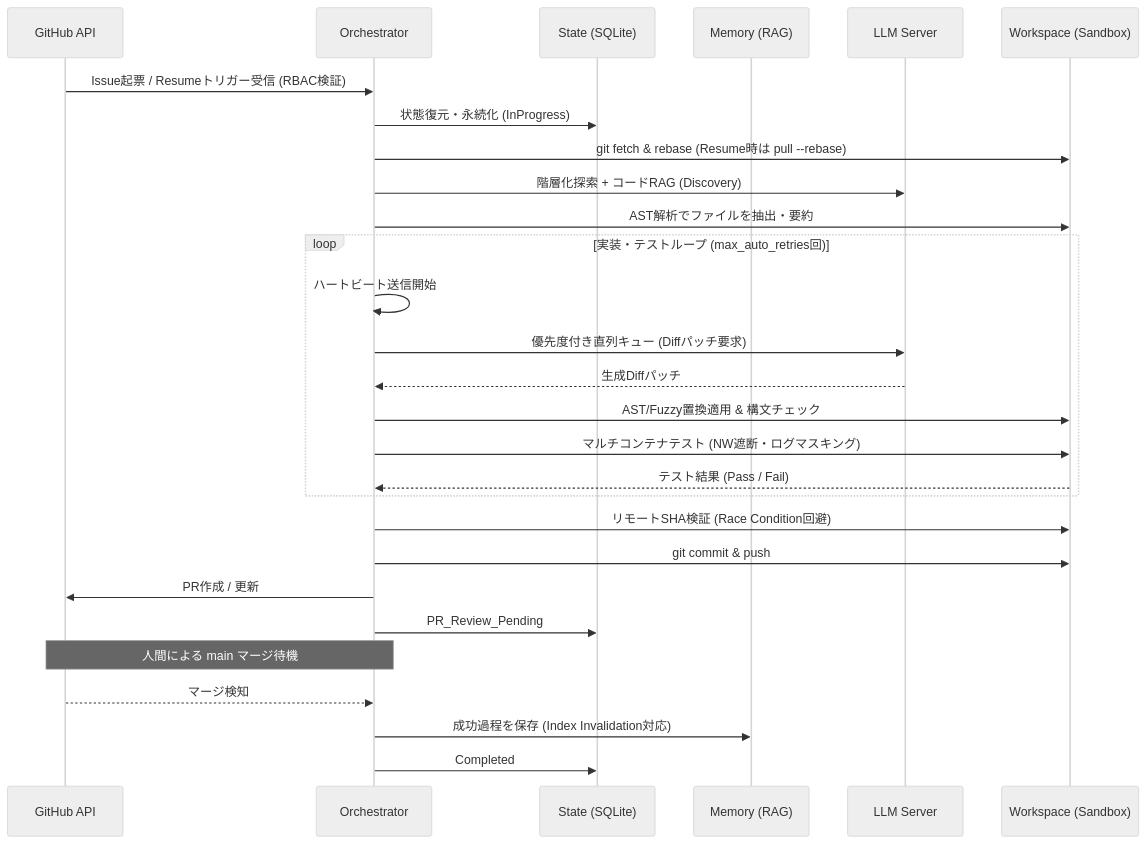
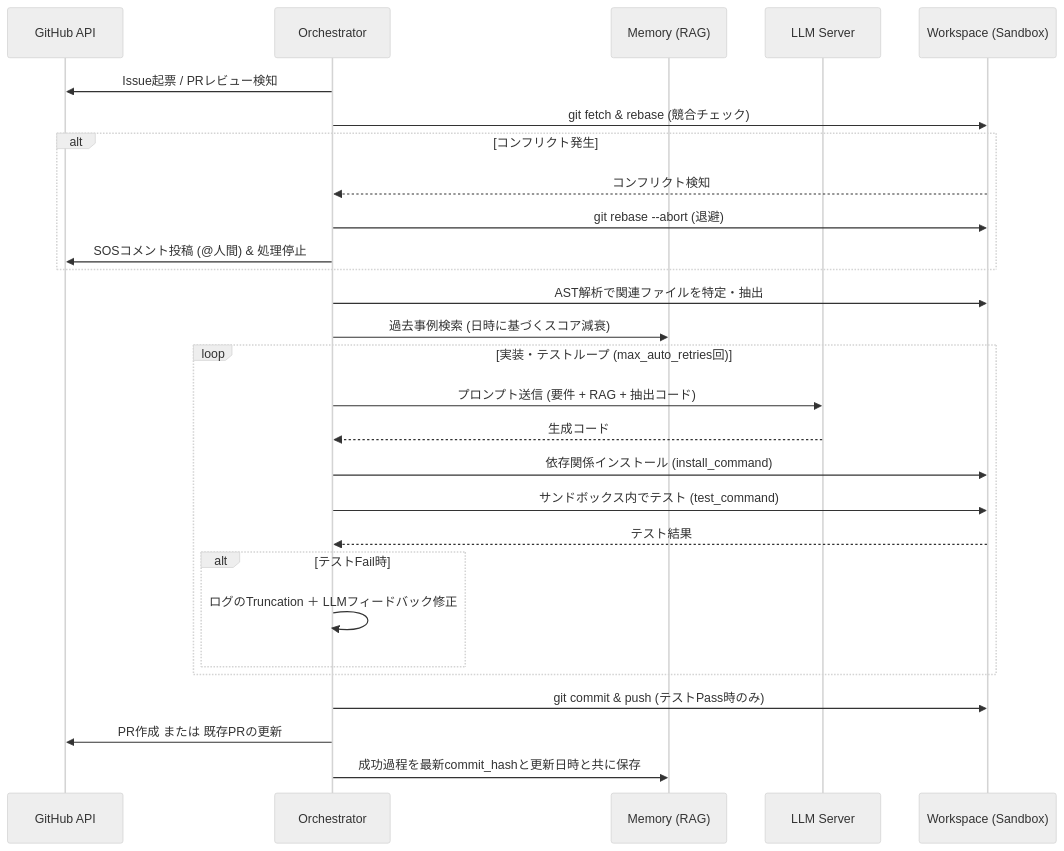
Before and after one commit to globalpocket/brownie: the diagram in doc/Home.md, drawn with Mermaid (neutral theme). The commit also changed other lines of this file and 2 other files, not shown here.

````diff
--- a/doc/Home.md
+++ b/doc/Home.md
@@ -115,37 +179,36 @@
 ```mermaid
 sequenceDiagram
     participant GH as GitHub API
     participant ORC as Orchestrator
-    participant STATE as State (SQLite)
     participant MEM as Memory (RAG)
     participant LLM as LLM Server
     participant WS as Workspace (Sandbox)
 
-    GH->>ORC: Issue起票 / Resumeトリガー受信 (RBAC検証)
-    ORC->>STATE: 状態復元・永続化 (InProgress)
+    ORC->>GH: Issue起票 / PRレビュー検知
+    ORC->>WS: git fetch & rebase (競合チェック)
+    alt コンフリクト発生
+        WS-->>ORC: コンフリクト検知
+        ORC->>WS: git rebase --abort (退避)
+        ORC->>GH: SOSコメント投稿 (@人間) & 処理停止
+    end
     
-    ORC->>WS: git fetch & rebase (Resume時は pull --rebase)
-    
-    ORC->>LLM: 階層化探索 + コードRAG (Discovery)
-    ORC->>WS: AST解析でファイルを抽出・要約
+    ORC->>WS: AST解析で関連ファイルを特定・抽出
+    ORC->>MEM: 過去事例検索 (日時に基づくスコア減衰)
     
     loop 実装・テストループ (max_auto_retries回)
-        ORC->>ORC: ハートビート送信開始
-        ORC->>LLM: 優先度付き直列キュー (Diffパッチ要求)
-        LLM-->>ORC: 生成Diffパッチ
-        ORC->>WS: AST/Fuzzy置換適用 & 構文チェック
-        ORC->>WS: マルチコンテナテスト (NW遮断・ログマスキング)
-        WS-->>ORC: テスト結果 (Pass / Fail)
+        ORC->>LLM: プロンプト送信 (要件 + RAG + 抽出コード)
+        LLM-->>ORC: 生成コード
+        
+        ORC->>WS: 依存関係インストール (install_command)
+        ORC->>WS: サンドボックス内でテスト (test_command)
+        WS-->>ORC: テスト結果
+        
+        alt テストFail時
+            ORC->>ORC: ログのTruncation ＋ LLMフィードバック修正
+        end
     end
 
-    ORC->>WS: リモートSHA検証 (Race Condition回避)
-    ORC->>WS: git commit & push
-    ORC->>GH: PR作成 / 更新
-    ORC->>STATE: PR_Review_Pending
-    
-    Note over GH, ORC: 人間による main マージ待機
-    
-    GH-->>ORC: マージ検知
-    ORC->>MEM: 成功過程を保存 (Index Invalidation対応)
-    ORC->>STATE: Completed
+    ORC->>WS: git commit & push (テストPass時のみ)
+    ORC->>GH: PR作成 または 既存PRの更新
+    ORC->>MEM: 成功過程を最新commit_hashと更新日時と共に保存
 ```
````
